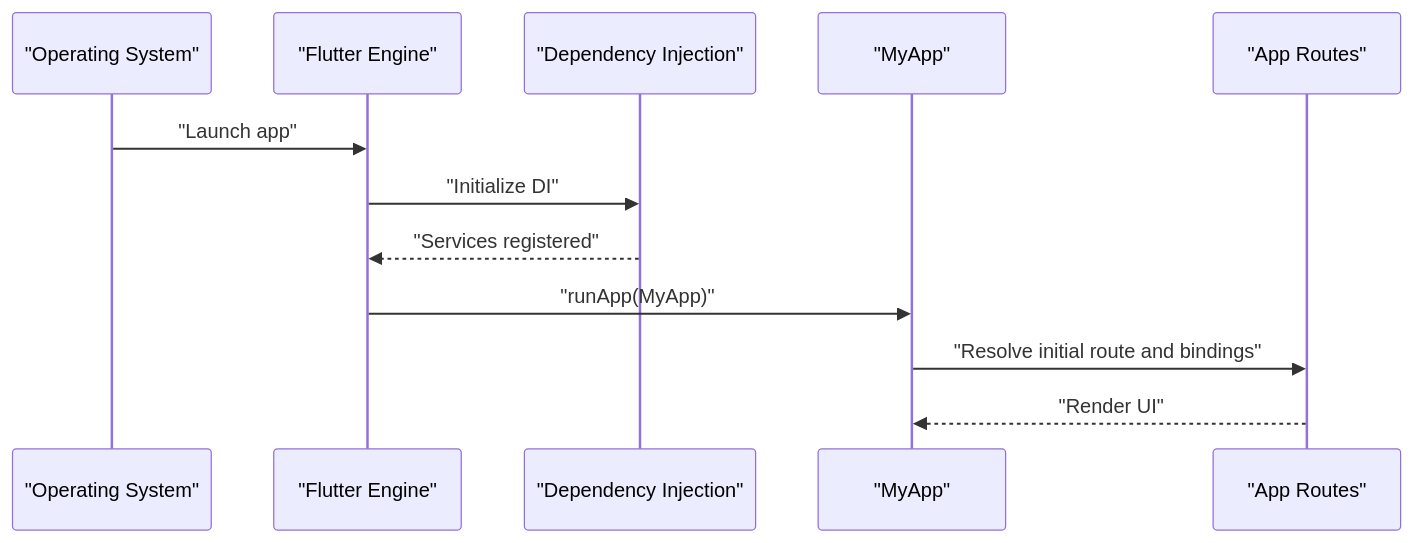
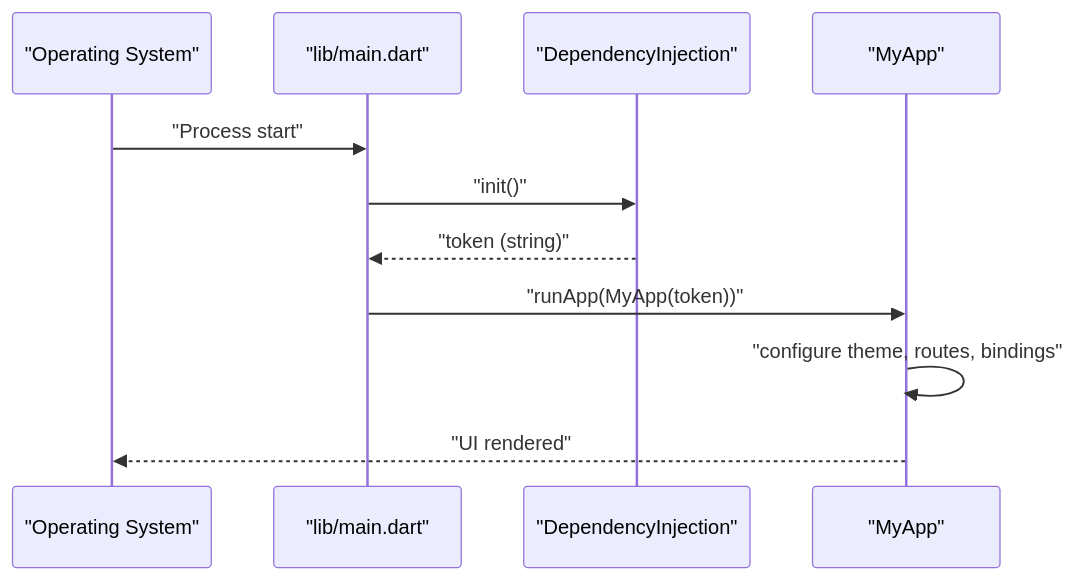
One commit to Ariful3111/FurniGo changed the second of 3 diagrams in .qoder/repowiki/en/content/Getting Started.md. Above: the diagram before and after it, drawn with Mermaid. The commit also changed other lines of this file and 115 other files, not shown here.

````diff
--- a/.qoder/repowiki/en/content/Getting Started.md
+++ b/.qoder/repowiki/en/content/Getting Started.md
@@ -79,14 +79,13 @@
 ```mermaid
 sequenceDiagram
 participant OS as "Operating System"
-participant Flutter as "Flutter Engine"
-participant DI as "Dependency Injection"
+participant Main as "lib/main.dart"
+participant DI as "DependencyInjection"
 participant App as "MyApp"
-participant Routes as "App Routes"
-OS->>Flutter : "Launch app"
-Flutter->>DI : "Initialize DI"
-DI-->>Flutter : "Services registered"
-Flutter->>App : "runApp(MyApp)"
-App->>Routes : "Resolve initial route and bindings"
-Routes-->>App : "Render UI"
+OS->>Main : "Process start"
+Main->>DI : "init()"
+DI-->>Main : "token (string)"
+Main->>App : "runApp(MyApp(token))"
+App->>App : "configure theme, routes, bindings"
+App-->>OS : "UI rendered"
 ```
````
